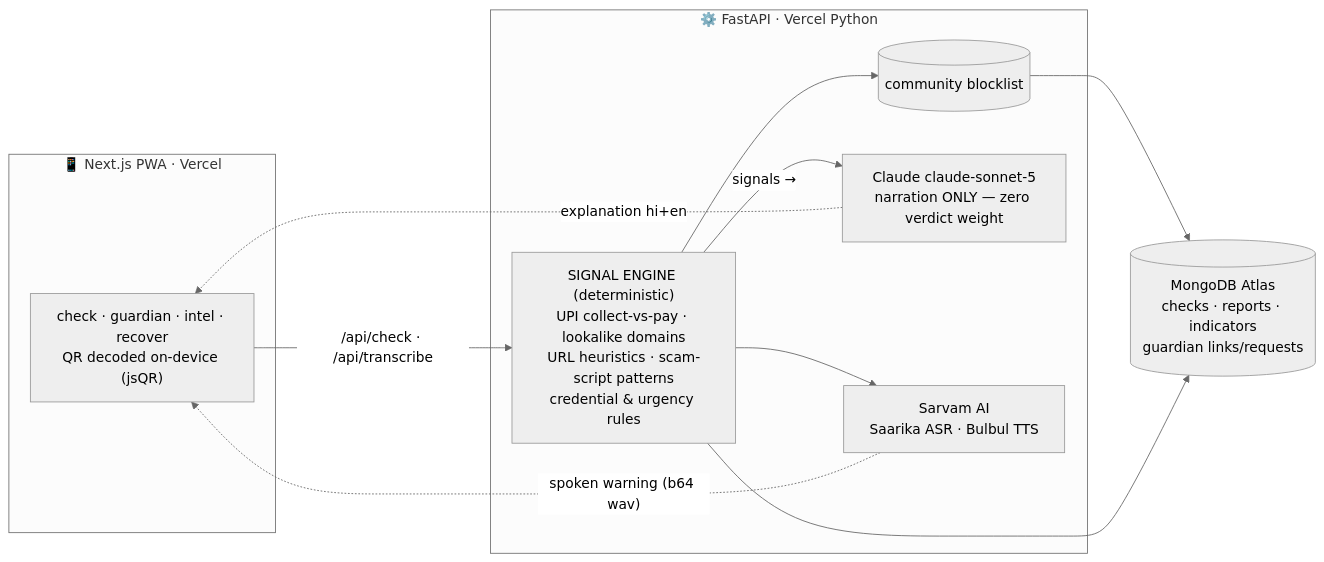
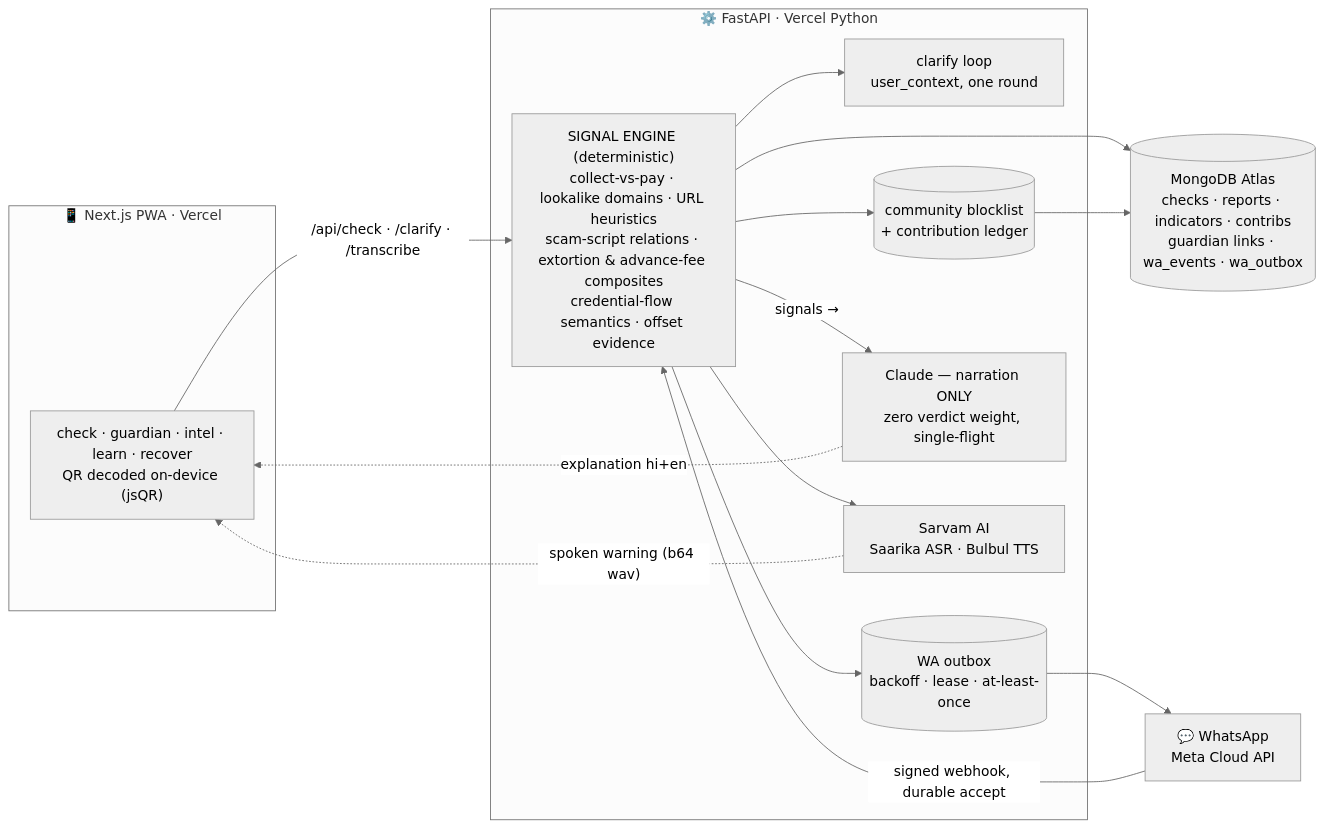
One commit to SaudSatopay/Dhaal changed the second of 2 diagrams in README.md. Above: the diagram before and after it, drawn with Mermaid (neutral theme). The commit also changed other lines of this file, not shown here.

Commit message:
docs: README rebuilt for final state - connected workflow section (X-Ray/clarify/reality-check), WhatsApp + Learn surfaces, honest frozen-eval table (87/110 + regression framing), reliability-under-failure section, updated architecture diagram, 245-check test map, retired-IVR note

````diff
--- a/README.md
+++ b/README.md
@@ -76,21 +91,28 @@
 ```mermaid
 flowchart LR
     subgraph phone["📱 Next.js PWA · Vercel"]
-        UI["check · guardian · intel · recover\nQR decoded on-device (jsQR)"]
+        UI["check · guardian · intel · learn · recover<br/>QR decoded on-device (jsQR)"]
     end
+    WA["💬 WhatsApp<br/>Meta Cloud API"]
     subgraph api["⚙️ FastAPI · Vercel Python"]
-        SE["SIGNAL ENGINE (deterministic)\nUPI collect-vs-pay · lookalike domains\nURL heuristics · scam-script patterns\ncredential & urgency rules"]
-        BL[("community blocklist")]
-        LLM["Claude claude-sonnet-5\nnarration ONLY — zero verdict weight"]
-        VOICE["Sarvam AI\nSaarika ASR · Bulbul TTS"]
+        SE["SIGNAL ENGINE (deterministic)<br/>collect-vs-pay · lookalike domains · URL heuristics<br/>scam-script relations · extortion & advance-fee composites<br/>credential-flow semantics · offset evidence"]
+        CL["clarify loop<br/>user_context, one round"]
+        BL[("community blocklist<br/>+ contribution ledger")]
+        OB[("WA outbox<br/>backoff · lease · at-least-once")]
+        LLM["Claude — narration ONLY<br/>zero verdict weight, single-flight"]
+        VOICE["Sarvam AI<br/>Saarika ASR · Bulbul TTS"]
     end
-    DB[("MongoDB Atlas\nchecks · reports · indicators\nguardian links/requests")]
-    UI -->|"/api/check · /api/transcribe"| SE
+    DB[("MongoDB Atlas<br/>checks · reports · indicators · contribs<br/>guardian links · wa_events · wa_outbox")]
+    UI -->|"/api/check · /clarify · /transcribe"| SE
+    WA -->|"signed webhook, durable accept"| SE
+    SE --> CL
     SE --> BL
     SE -->|"signals →"| LLM
     SE --> VOICE
+    SE --> DB
     BL --> DB
-    SE --> DB
+    OB --> WA
+    SE --> OB
     LLM -.->|"explanation hi+en"| UI
     VOICE -.->|"spoken warning (b64 wav)"| UI
 ```
````
